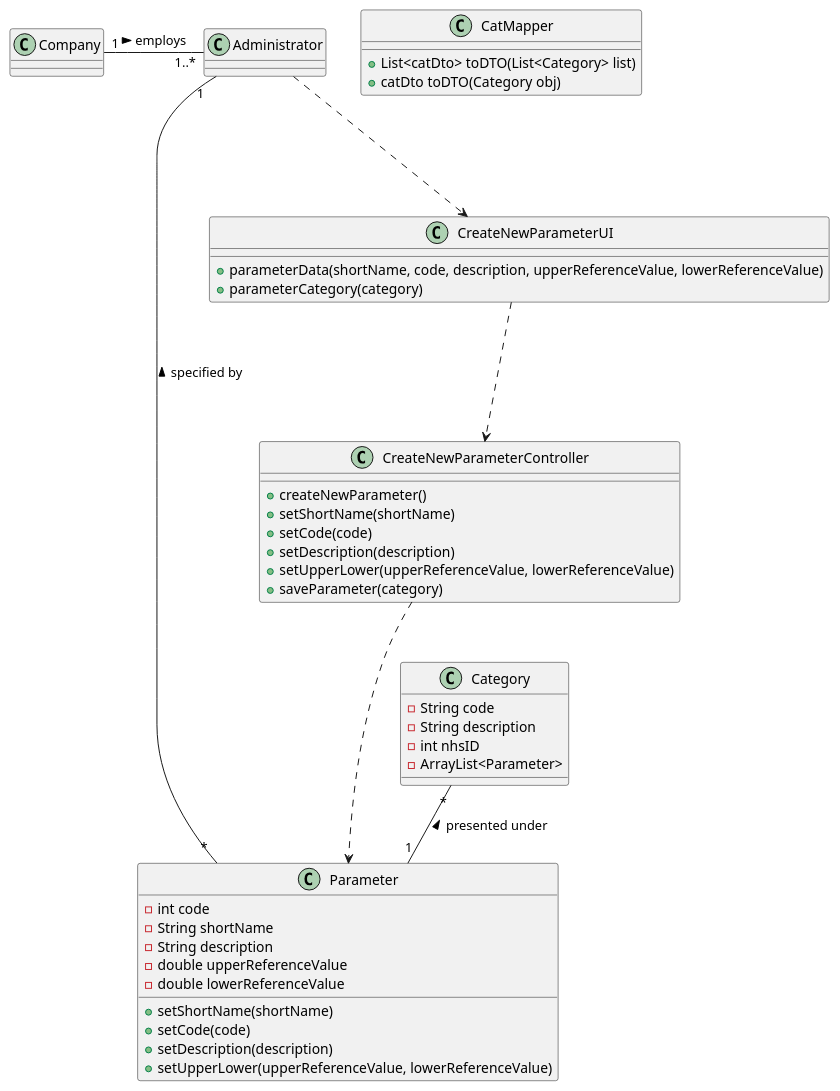
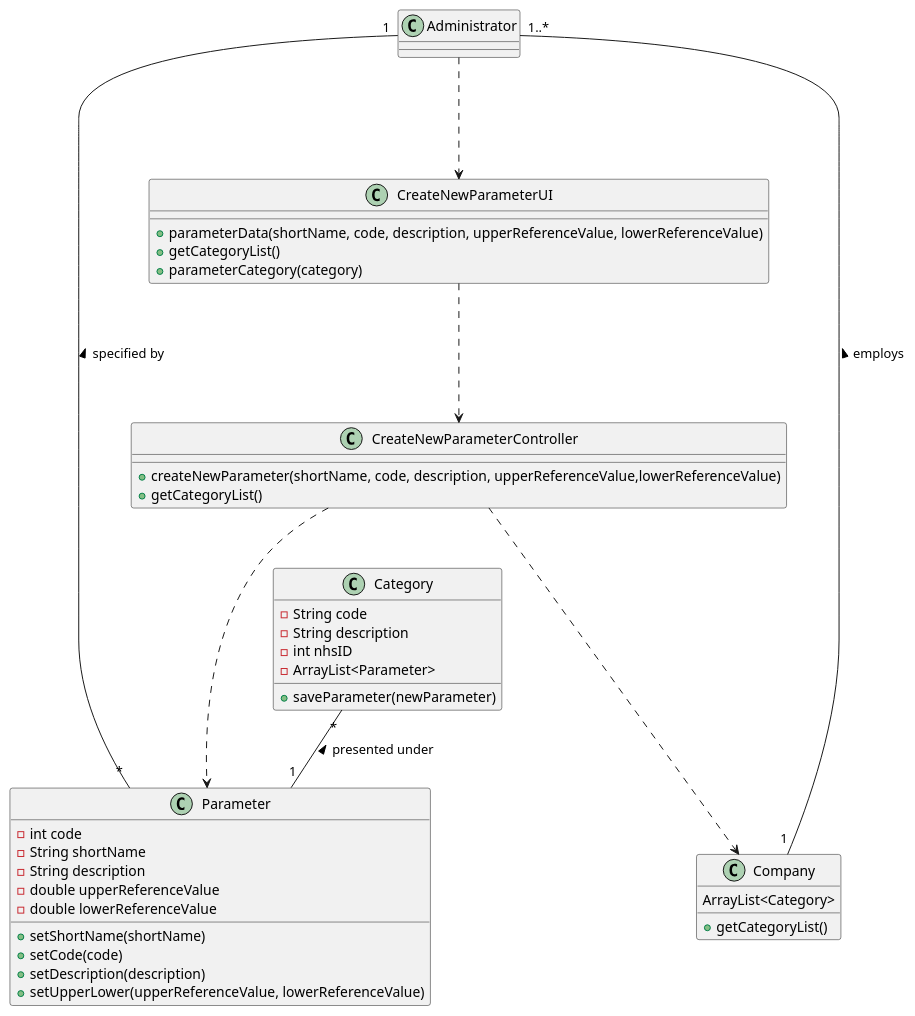
One commit to MadDinosaur/ISEP-LAPR2 changed the diagram in docs/SprintB/US10/US10_CD.puml. Above: the diagram before and after it, drawn with PlantUML. The commit also changed 13 other files, not shown here.

Commit message:
Updated Engineering requirements, SSD, SD and CD. Started Parameter, Category, CreateNEwParameterUI and Controller and Exception classes

```diff
--- a/docs/SprintB/US10/US10_CD.puml
+++ b/docs/SprintB/US10/US10_CD.puml
@@ -1,54 +1,51 @@
 @startuml
 
 class Administrator
 class Parameter {
 -int code
 -String shortName
 -String description
 -double upperReferenceValue
 -double lowerReferenceValue
 
 +setShortName(shortName)
 +setCode(code)
 +setDescription(description)
 +setUpperLower(upperReferenceValue, lowerReferenceValue)
 }
 
 class CreateNewParameterUI{
 +parameterData(shortName, code, description, upperReferenceValue, lowerReferenceValue)
++getCategoryList()
 +parameterCategory(category)
 }
 
 class CreateNewParameterController{
-
-+createNewParameter()
-+setShortName(shortName)
-+setCode(code)
-+setDescription(description)
-+setUpperLower(upperReferenceValue, lowerReferenceValue)
-+saveParameter(category)
++createNewParameter(shortName, code, description, upperReferenceValue,lowerReferenceValue)
++getCategoryList()
 }
 
-class Company
+class Company{
+ArrayList<Category>
+
++getCategoryList()
+}
 
 class Category {
 -String code
 -String description
 -int nhsID
 -ArrayList<Parameter>
-}
 
-class CatMapper{
-
-+List<catDto> toDTO(List<Category> list)
-+catDto toDTO(Category obj)
++saveParameter(newParameter)
 }
 
 Administrator ...> CreateNewParameterUI
 CreateNewParameterUI ...> CreateNewParameterController
 CreateNewParameterController ...> Parameter
+CreateNewParameterController ...> Company
 Category "*"--"1" Parameter : presented under <
 Parameter "*"-up-"1" Administrator : specified by >
 Company"1 "-"1..*" Administrator : > employs
 
 @enduml
```
